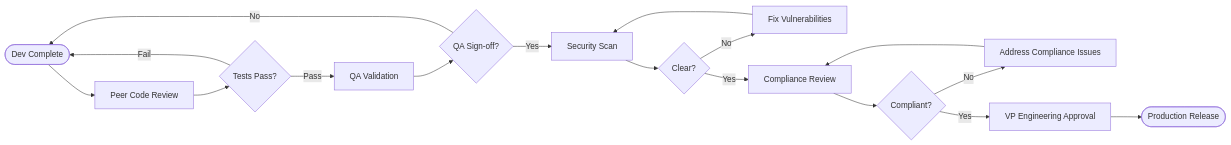
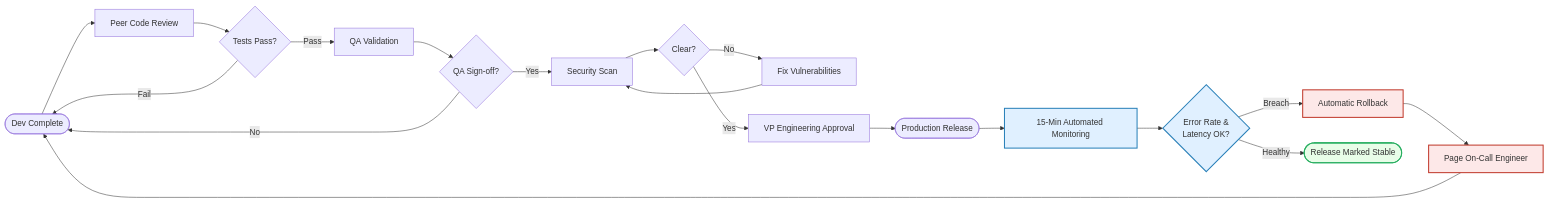
Before and after one commit to callgenix/bpm-diagrams: the diagram in svg_SVG.mmd, drawn with Mermaid.

Commit message:
[RHONB-001] Extended the diagram past "Production Release" wit… — SVG

```diff
--- a/svg_SVG.mmd
+++ b/svg_SVG.mmd
@@ -1,19 +1,32 @@
 flowchart LR
     A([Dev Complete]) --> B[Peer Code Review]
     B --> C{Tests Pass?}
     C --> |Fail| A
     C --> |Pass| D[QA Validation]
     D --> E{QA Sign-off?}
     E --> |No| A
     E --> |Yes| F[Security Scan]
     F --> G{Clear?}
     G --> |No| H[Fix Vulnerabilities]
     H --> F
-    %% ⚡ CHANGED SECTION
-    G --> |Yes| K[Compliance Review]
-    K --> L{Compliant?}
-    L --> |No| M[Address Compliance Issues]
-    M --> K
-    L --> |Yes| I[VP Engineering Approval]
-    %% ⚡ END CHANGED SECTION
+    G --> |Yes| I[VP Engineering Approval]
     I --> J([Production Release])
+
+    %% ⚡ CHANGED SECTION – Post-release monitoring and rollback path
+    J --> K[15-Min Automated Monitoring]
+    K --> L{Error Rate &<br>Latency OK?}
+    L --> |Breach| M[Automatic Rollback]
+    M --> N[Page On-Call Engineer]
+    N --> A
+    L --> |Healthy| O([Release Marked Stable])
+
+    classDef monitoring fill:#e0f0ff,stroke:#2980b9,stroke-width:2px
+    classDef rollback fill:#fde8e8,stroke:#c0392b,stroke-width:2px
+    classDef stable fill:#e8fde8,stroke:#27ae60,stroke-width:2px
+
+    class K,L monitoring
+    class M,N rollback
+    class O stable
+
+%% EXPLANATION:
+%% Extended the diagram past "Production Release" with a 15-minute automated monitoring window that checks error rate and latency. Added an exclusive gateway: if thresholds are breached, the flow triggers an automatic rollback followed by paging the on-call engineer (who then feeds back to Dev Complete for a fix). If metrics stay healthy, the release is marked stable and the process closes out. Applied distinct style classes for monitoring, rollback, and stable-release nodes for visual clarity.
```
